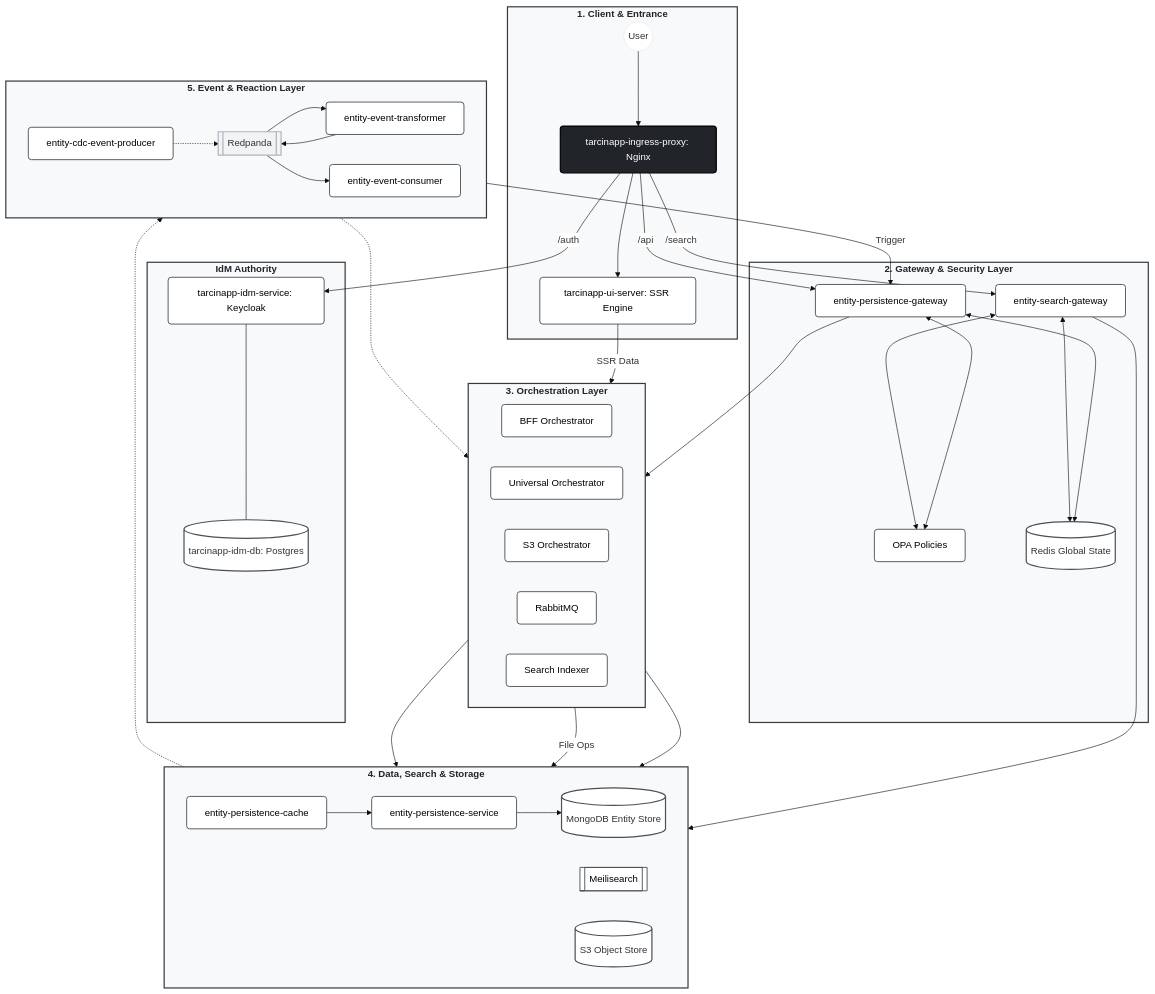
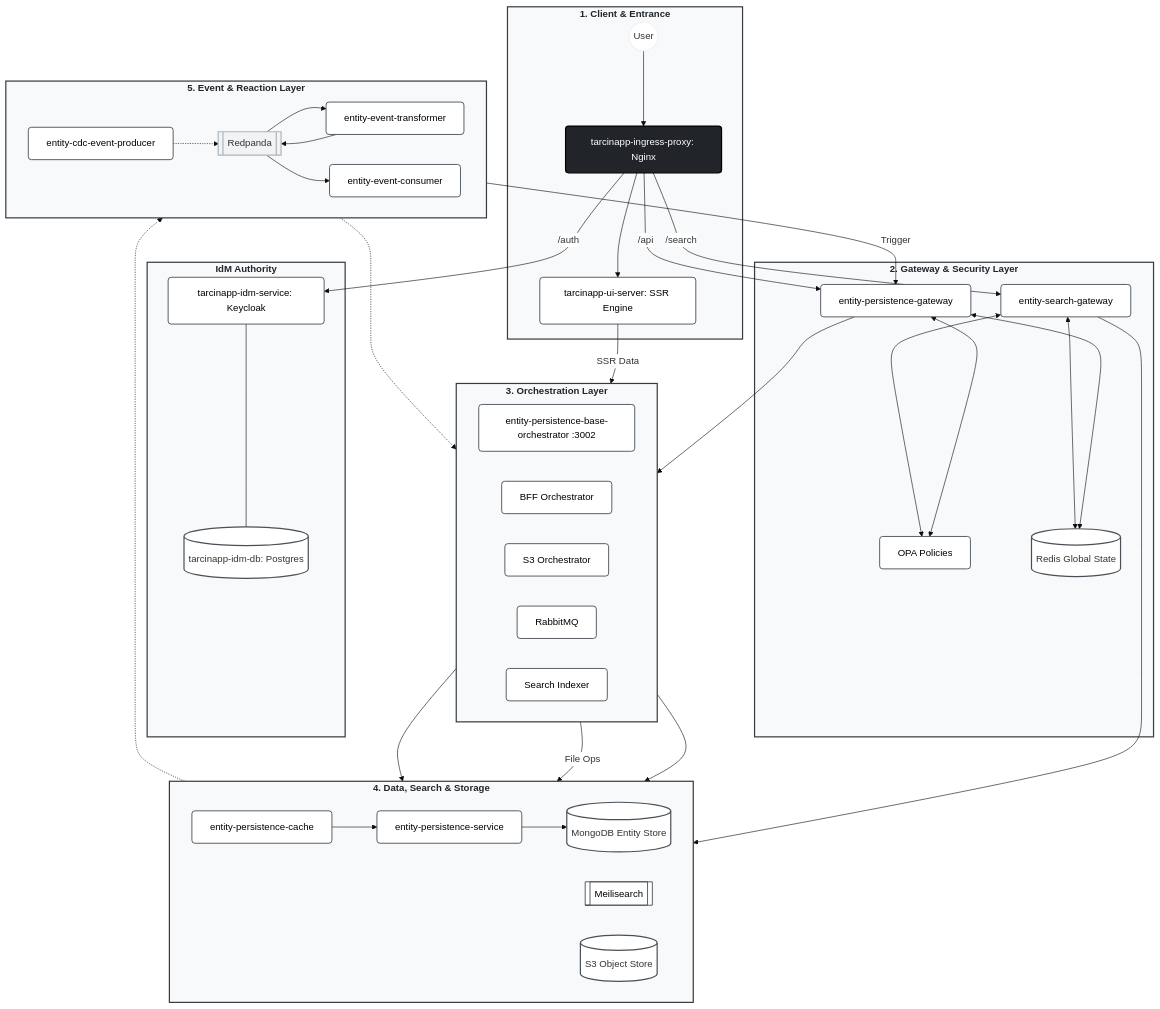
Before and after one commit to tarcinapp/tarcinapp-suite: the diagram in .context/00_SYSTEM_MANIFEST.md, drawn with Mermaid. The commit also changed other lines of this file and 5 other files, not shown here.

```diff
--- a/.context/00_SYSTEM_MANIFEST.md
+++ b/.context/00_SYSTEM_MANIFEST.md
@@ -197,8 +198,8 @@
 %% 4. ORCHESTRATION
 subgraph Orch_Layer [3. Orchestration Layer]
     direction LR
+    EPBO[entity-persistence-base-orchestrator :3002]:::component
     BFF[BFF Orchestrator]:::component
-    UO[Universal Orchestrator]:::component
     S3O[S3 Orchestrator]:::component
     RMQ[RabbitMQ]:::component
     SIO[Search Indexer]:::component
@@ -232,11 +233,11 @@
 UIS -->|SSR Data| BFF
 
 %% ===== GATEWAY → ORCHESTRATION =====
-TGW --> UO
+TGW --> EPBO
 SGW --> MS
 
 %% ===== ORCHESTRATION → DATA =====
-UO --> QA --> BE --> DB
+EPBO --> QA --> BE --> DB
 S3O -->|File Ops| S3
 SIO --> MS
 
```
